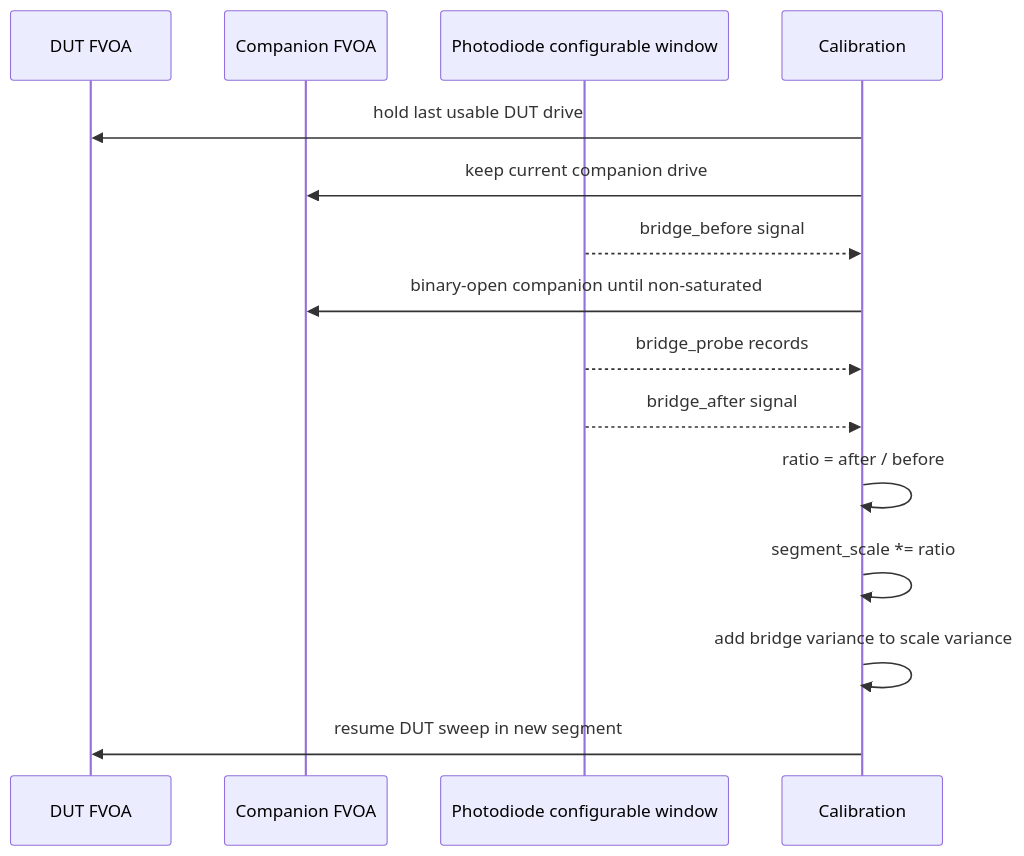
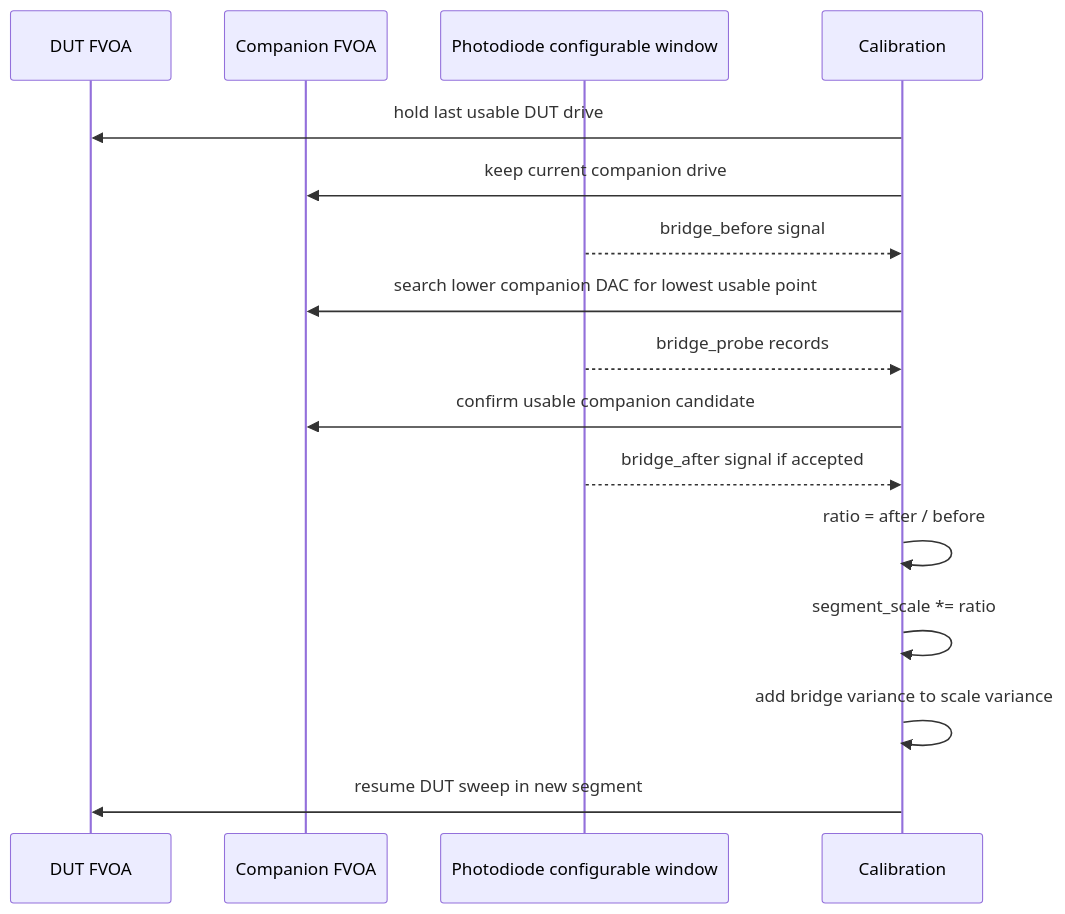
Before and after one commit to COO-Utilities/hispec-tib: the fifth of 7 diagrams in doc/attenuator_calibration.md, drawn with Mermaid. The commit also changed other lines of this file and 6 other files, not shown here.

````diff
--- a/doc/attenuator_calibration.md
+++ b/doc/attenuator_calibration.md
@@ -155,18 +182,19 @@
 ```mermaid
 sequenceDiagram
   participant DUT as DUT FVOA
   participant Other as Companion FVOA
   participant PD as Photodiode configurable window
   participant Cal as Calibration
 
   Cal->>DUT: hold last usable DUT drive
   Cal->>Other: keep current companion drive
   PD-->>Cal: bridge_before signal
-  Cal->>Other: binary-open companion until non-saturated
+  Cal->>Other: search lower companion DAC for lowest usable point
   PD-->>Cal: bridge_probe records
-  PD-->>Cal: bridge_after signal
+  Cal->>Other: confirm usable companion candidate
+  PD-->>Cal: bridge_after signal if accepted
   Cal->>Cal: ratio = after / before
   Cal->>Cal: segment_scale *= ratio
   Cal->>Cal: add bridge variance to scale variance
   Cal->>DUT: resume DUT sweep in new segment
 ```
````
